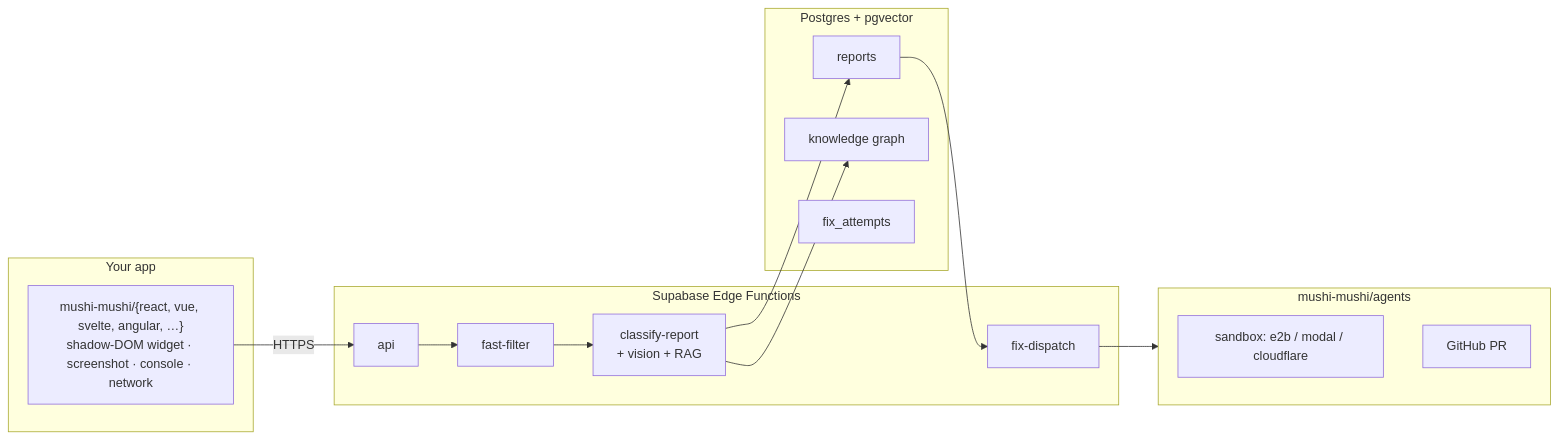
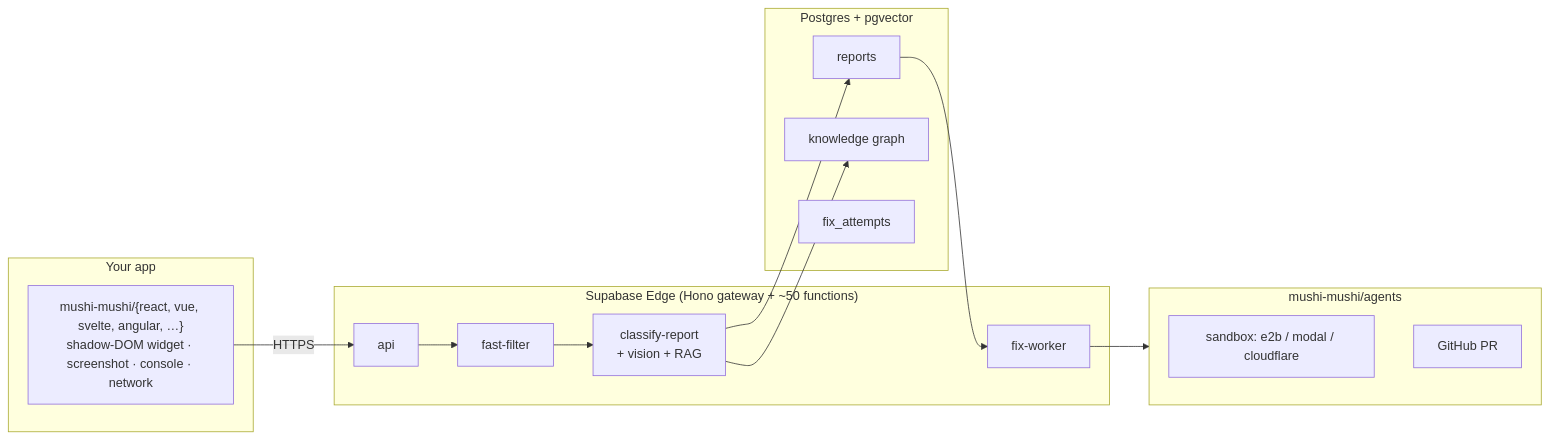
One commit to kensaurus/mushi-mushi changed the diagram in README.md. Above: the diagram before and after it, drawn with Mermaid. The commit also changed other lines of this file and 31 other files, not shown here.

````diff
--- a/README.md
+++ b/README.md
@@ -104,27 +104,27 @@
 ```mermaid
 flowchart LR
     subgraph App["Your app"]
         SDK["mushi-mushi/{react, vue, svelte, angular, …}<br/>shadow-DOM widget · screenshot · console · network"]
     end
-    subgraph Edge["Supabase Edge Functions"]
+    subgraph Edge["Supabase Edge (Hono gateway + ~50 functions)"]
         API["api"]
         FF["fast-filter"]
         CR["classify-report<br/>+ vision + RAG"]
-        ORCH["fix-dispatch"]
+        ORCH["fix-worker"]
     end
     subgraph DB["Postgres + pgvector"]
         REP["reports"]
         KG["knowledge graph"]
         FIX["fix_attempts"]
     end
     subgraph Agents["mushi-mushi/agents"]
         SBX["sandbox: e2b / modal / cloudflare"]
         GH["GitHub PR"]
     end
     SDK -->|HTTPS| API
     API --> FF --> CR
     CR --> KG
     CR --> REP
     REP --> ORCH --> Agents
     Agents --> GH
 ```
````
